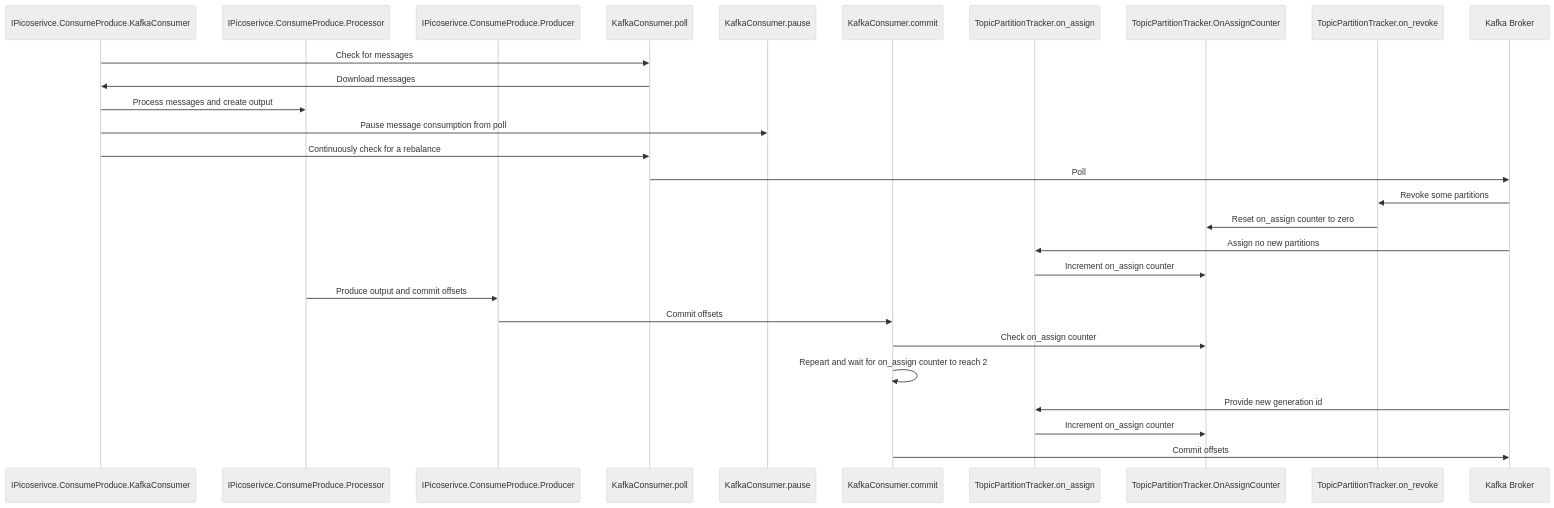
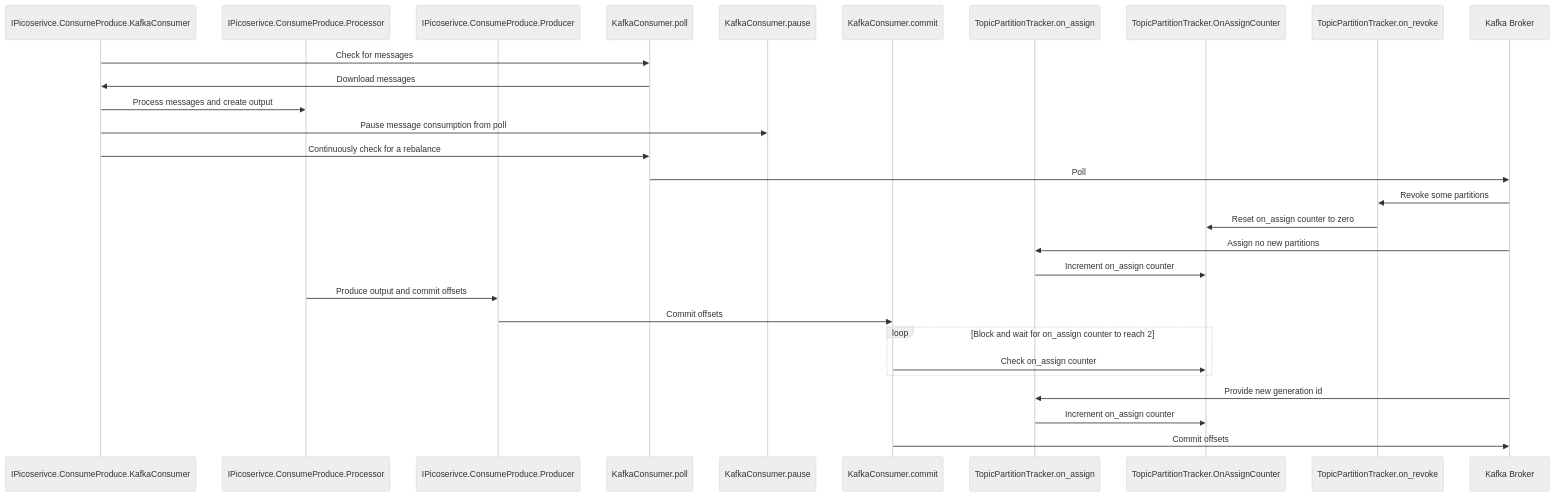
One commit to seanmcb-smarsh/plantuml changed the diagram in README.md. Above: the diagram before and after it, drawn with Mermaid (neutral theme).

````diff
--- a/README.md
+++ b/README.md
@@ -4,31 +4,32 @@
 ```mermaid
 sequenceDiagram
     participant consumer as IPicoserivce.ConsumeProduce.KafkaConsumer
     participant processor as IPicoserivce.ConsumeProduce.Processor
     participant producer as IPicoserivce.ConsumeProduce.Producer
     participant poll as KafkaConsumer.poll
     participant pause_consumer as KafkaConsumer.pause
     participant commit as KafkaConsumer.commit
     participant assign as TopicPartitionTracker.on_assign
     participant counter as TopicPartitionTracker.OnAssignCounter
     participant revoke as TopicPartitionTracker.on_revoke
     participant kafka as Kafka Broker
 
-    consumer->>poll: Check for messages
-    poll->>consumer: Download messages
+    consumer ->> poll: Check for messages
+    poll ->> consumer: Download messages
     consumer ->> processor: Process messages and create output
     consumer ->> pause_consumer: Pause message consumption from poll
     consumer ->> poll: Continuously check for a rebalance
     poll ->> kafka: Poll
     kafka ->> revoke: Revoke some partitions
     revoke ->> counter: Reset on_assign counter to zero
     kafka ->> assign: Assign no new partitions
     assign ->> counter: Increment on_assign counter
     processor ->> producer: Produce output and commit offsets
     producer ->> commit: Commit offsets
-    commit ->> counter: Check on_assign counter
-    commit ->> commit: Repeart and wait for on_assign counter to reach 2
+    loop Block and wait for on_assign counter to reach 2
+       commit ->> counter: Check on_assign counter
+    end
     kafka ->> assign: Provide new generation id
     assign ->> counter: Increment on_assign counter
     commit ->> kafka: Commit offsets
 ```
````
